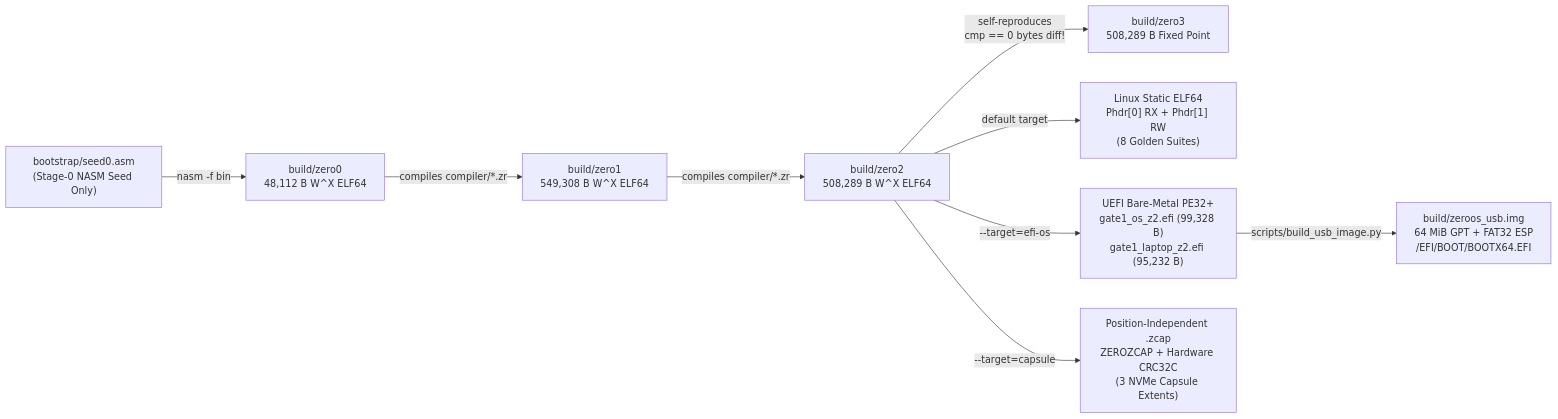
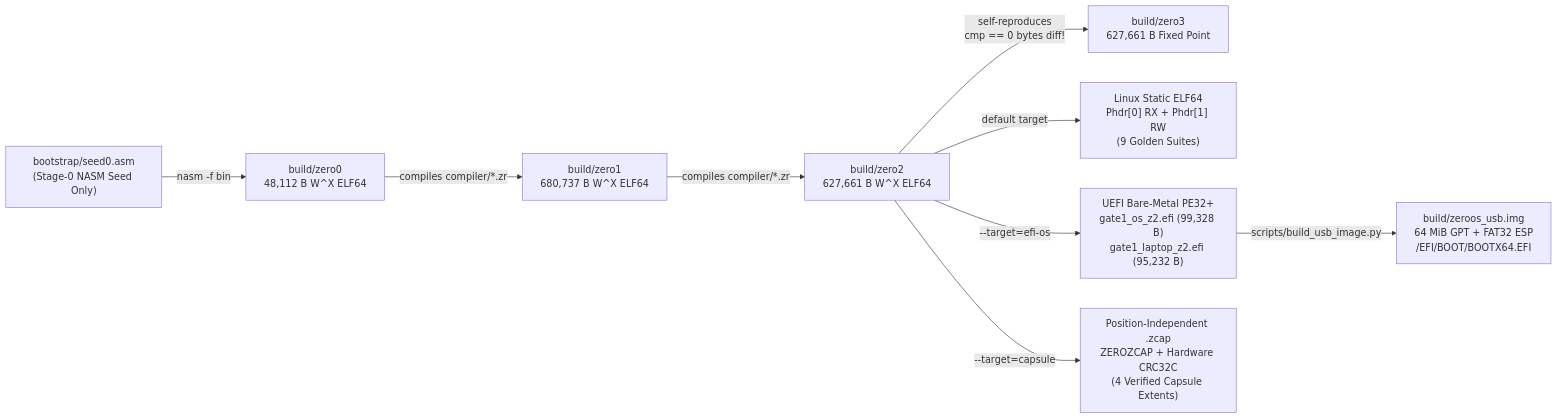
Before and after one commit to Cetin-Furkan/zero: the diagram in README.md, drawn with Mermaid. The commit also changed other lines of this file and 13 other files, not shown here.

Commit message:
Stage 1: Implement Next-Gen Zero Language Spine in self-hosted compiler (zero2 == zero3, 97 PASS / 0 FAIL)

````diff
--- a/README.md
+++ b/README.md
@@ -26,12 +26,12 @@
 ```mermaid
 flowchart LR
     SEED["bootstrap/seed0.asm\n(Stage-0 NASM Seed Only)"] -->|"nasm -f bin"| Z0["build/zero0\n48,112 B W^X ELF64"]
-    Z0 -->|"compiles compiler/*.zr"| Z1["build/zero1\n549,308 B W^X ELF64"]
-    Z1 -->|"compiles compiler/*.zr"| Z2["build/zero2\n508,289 B W^X ELF64"]
-    Z2 -->|"self-reproduces\ncmp == 0 bytes diff!"| Z3["build/zero3\n508,289 B Fixed Point"]
+    Z0 -->|"compiles compiler/*.zr"| Z1["build/zero1\n680,737 B W^X ELF64"]
+    Z1 -->|"compiles compiler/*.zr"| Z2["build/zero2\n627,661 B W^X ELF64"]
+    Z2 -->|"self-reproduces\ncmp == 0 bytes diff!"| Z3["build/zero3\n627,661 B Fixed Point"]
 
-    Z2 -->|"default target"| ELF["Linux Static ELF64\nPhdr[0] RX + Phdr[1] RW\n(8 Golden Suites)"]
+    Z2 -->|"default target"| ELF["Linux Static ELF64\nPhdr[0] RX + Phdr[1] RW\n(9 Golden Suites)"]
     Z2 -->|"--target=efi-os"| EFI["UEFI Bare-Metal PE32+\ngate1_os_z2.efi (99,328 B)\ngate1_laptop_z2.efi (95,232 B)"]
-    Z2 -->|"--target=capsule"| CAP["Position-Independent .zcap\nZEROZCAP + Hardware CRC32C\n(3 NVMe Capsule Extents)"]
+    Z2 -->|"--target=capsule"| CAP["Position-Independent .zcap\nZEROZCAP + Hardware CRC32C\n(4 Verified Capsule Extents)"]
     EFI -->|"scripts/build_usb_image.py"| USB["build/zeroos_usb.img\n64 MiB GPT + FAT32 ESP\n/EFI/BOOT/BOOTX64.EFI"]
 ```
````
